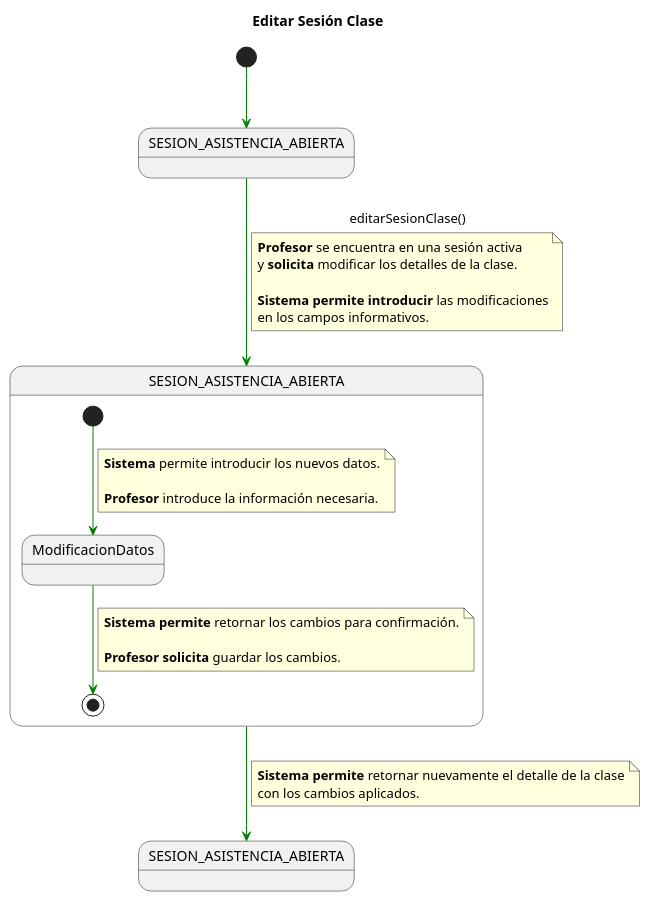
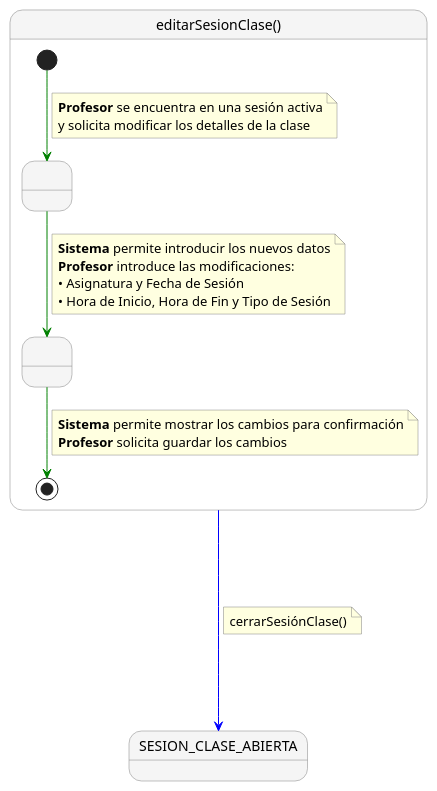
Before and after one commit to enmabry/25-26-IdSw1-SdR: the diagram in documents/CasosDeUso/DetalladoCasosDeUso/Profesor/editarSesionClase.puml, drawn with PlantUML. The commit also changed 72 other files, not shown here.

Commit message:
Cambios cruciales en los casos de uso, su detallado, y se agrego un diagrama de contexto en formato "dashboard"

```diff
--- a/documents/CasosDeUso/DetalladoCasosDeUso/Profesor/editarSesionClase.puml
+++ b/documents/CasosDeUso/DetalladoCasosDeUso/Profesor/editarSesionClase.puml
@@ -1,46 +1,42 @@
 @startuml
-title Editar Sesión Clase
+skinparam nodesep 60
+skinparam ranksep 60
 skinparam linetype polyline
+skinparam NoteBackgroundColor lightyellow
+skinparam NoteBorderColor gray
+skinparam StateBackgroundColor #F5F5F5
+skinparam StateBorderColor gray
 
-state SESION_ACTUAL_INICIAL as "SESION_ASISTENCIA_ABIERTA"
-state PROCESO_EDICION_COMP  as "SESION_ASISTENCIA_ABIERTA"
-state SESION_ACTUAL_FINAL   as "SESION_ASISTENCIA_ABIERTA"
+state "editarSesionClase()" as editarSesionClase {
+    state " " as Paso1
+    state " " as Paso2
 
-[*] -[#green]-> SESION_ACTUAL_INICIAL
-
-SESION_ACTUAL_INICIAL -[#green]-> PROCESO_EDICION_COMP : editarSesionClase()
-note on link
-<b>Profesor</b> se encuentra en una sesión activa
-y <b>solicita</b> modificar los detalles de la clase.
-
-<b>Sistema permite introducir</b> las modificaciones
-en los campos informativos.
-end note
-
-state PROCESO_EDICION_COMP {
-
-    state ModificacionDatos
-
-    [*] -[#green]-> ModificacionDatos
+    [*] -[#green]-> Paso1
     note on link
-    <b>Sistema</b> permite introducir los nuevos datos.
-
-    <b>Profesor</b> introduce la información necesaria.
+      <b>Profesor</b> se encuentra en una sesión activa
+      y solicita modificar los detalles de la clase
     end note
 
-    ModificacionDatos -[#green]-> [*]
+    Paso1 -[#green]-> Paso2
     note on link
-    <b>Sistema permite</b> retornar los cambios para confirmación.
-    
-    <b>Profesor solicita</b> guardar los cambios.
+      <b>Sistema</b> permite introducir los nuevos datos
+      <b>Profesor</b> introduce las modificaciones:
+      • Asignatura y Fecha de Sesión
+      • Hora de Inicio, Hora de Fin y Tipo de Sesión
     end note
 
+    Paso2 -[#green]-> [*]
+    note on link
+      <b>Sistema</b> permite mostrar los cambios para confirmación
+      <b>Profesor</b> solicita guardar los cambios
+    end note
 }
 
-PROCESO_EDICION_COMP -[#green]-> SESION_ACTUAL_FINAL
-note on link
-<b>Sistema permite</b> retornar nuevamente el detalle de la clase
-con los cambios aplicados.
+state "SESION_CLASE_ABIERTA" as SESION_CLASE_ABIERTA
+
+editarSesionClase -[#blue]---> SESION_CLASE_ABIERTA
+note right on link
+  cerrarSesiónClase()
 end note
 
 @enduml
```
